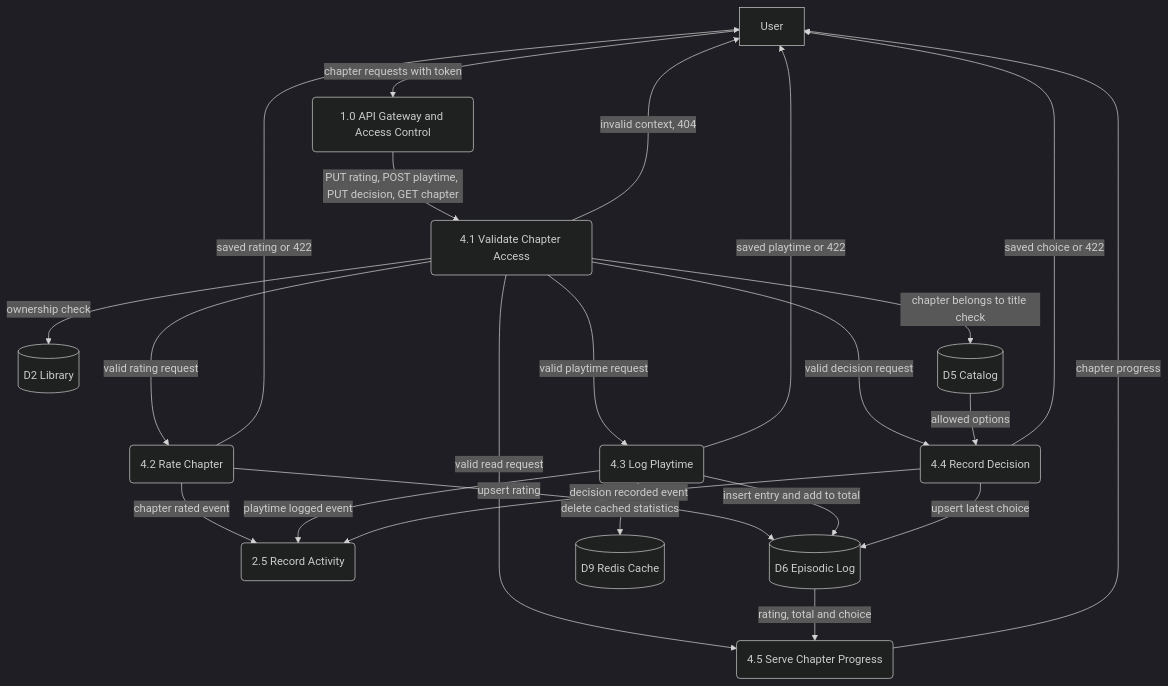
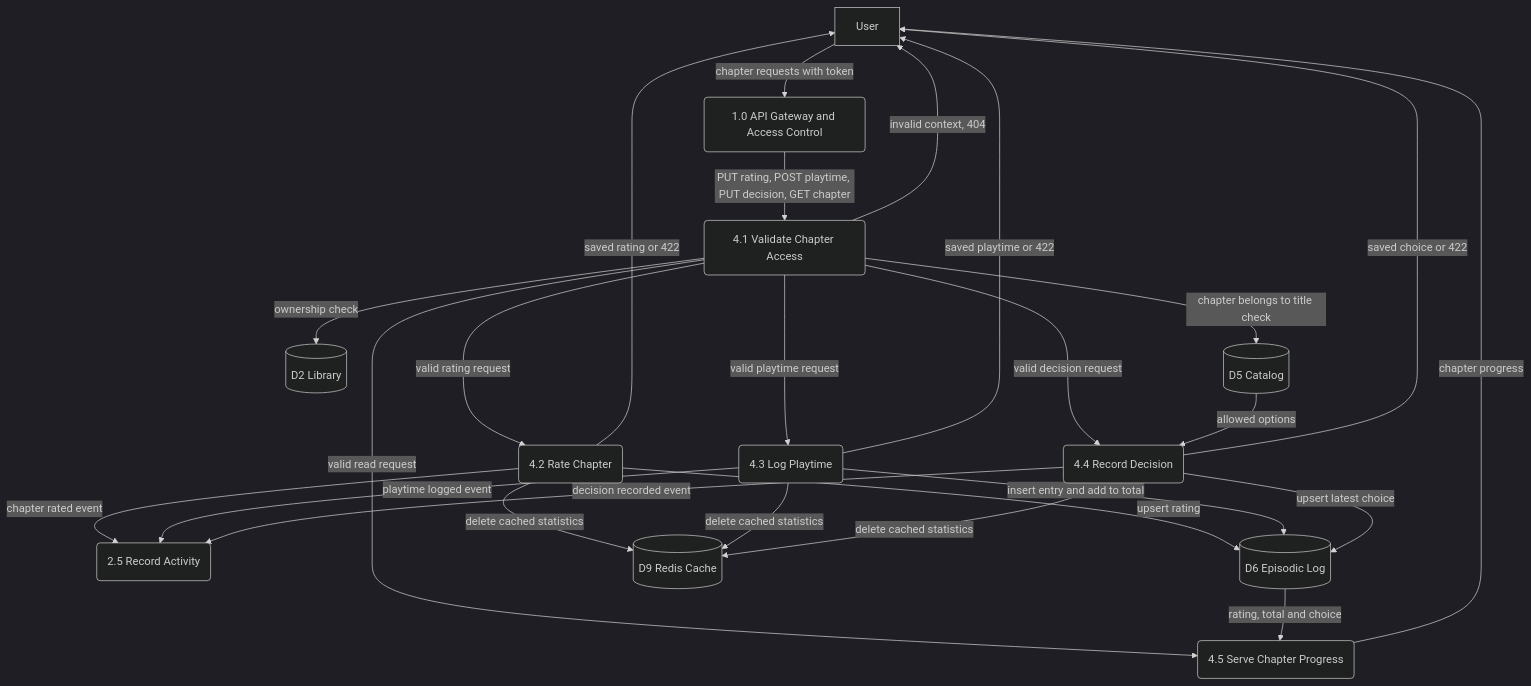
One commit to metezd/OmniLog changed the diagram in docs/analysis/behavior/dfd-epic4-episodic.md. Above: the diagram before and after it, drawn with Mermaid (dark theme). The commit also changed other lines of this file and 16 other files, not shown here.

````diff
--- a/docs/analysis/behavior/dfd-epic4-episodic.md
+++ b/docs/analysis/behavior/dfd-epic4-episodic.md
@@ -35,44 +35,46 @@
 ```mermaid
 flowchart TB
     User[User]
     GW("1.0 API Gateway and Access Control")
     P25("2.5 Record Activity")
 
     P41("4.1 Validate Chapter Access")
     P42("4.2 Rate Chapter")
     P43("4.3 Log Playtime")
     P44("4.4 Record Decision")
     P45("4.5 Serve Chapter Progress")
 
     D2[("D2 Library")]
     D5[("D5 Catalog")]
     D6[("D6 Episodic Log")]
     D9[("D9 Redis Cache")]
 
     User -->|"chapter requests with token"| GW
     GW -->|"PUT rating, POST playtime, PUT decision, GET chapter"| P41
     P41 -->|"ownership check"| D2
     P41 -->|"chapter belongs to title check"| D5
     P41 -->|"invalid context, 404"| User
 
     P41 -->|"valid rating request"| P42
     P41 -->|"valid playtime request"| P43
     P41 -->|"valid decision request"| P44
     P41 -->|"valid read request"| P45
 
     P42 -->|"upsert rating"| D6
     P43 -->|"insert entry and add to total"| D6
     D5 -->|"allowed options"| P44
     P44 -->|"upsert latest choice"| D6
     D6 -->|"rating, total and choice"| P45
 
     P42 -->|"chapter rated event"| P25
     P43 -->|"playtime logged event"| P25
     P44 -->|"decision recorded event"| P25
+    P42 -->|"delete cached statistics"| D9
     P43 -->|"delete cached statistics"| D9
+    P44 -->|"delete cached statistics"| D9
 
     P42 -->|"saved rating or 422"| User
     P43 -->|"saved playtime or 422"| User
     P44 -->|"saved choice or 422"| User
     P45 -->|"chapter progress"| User
 ```
````
